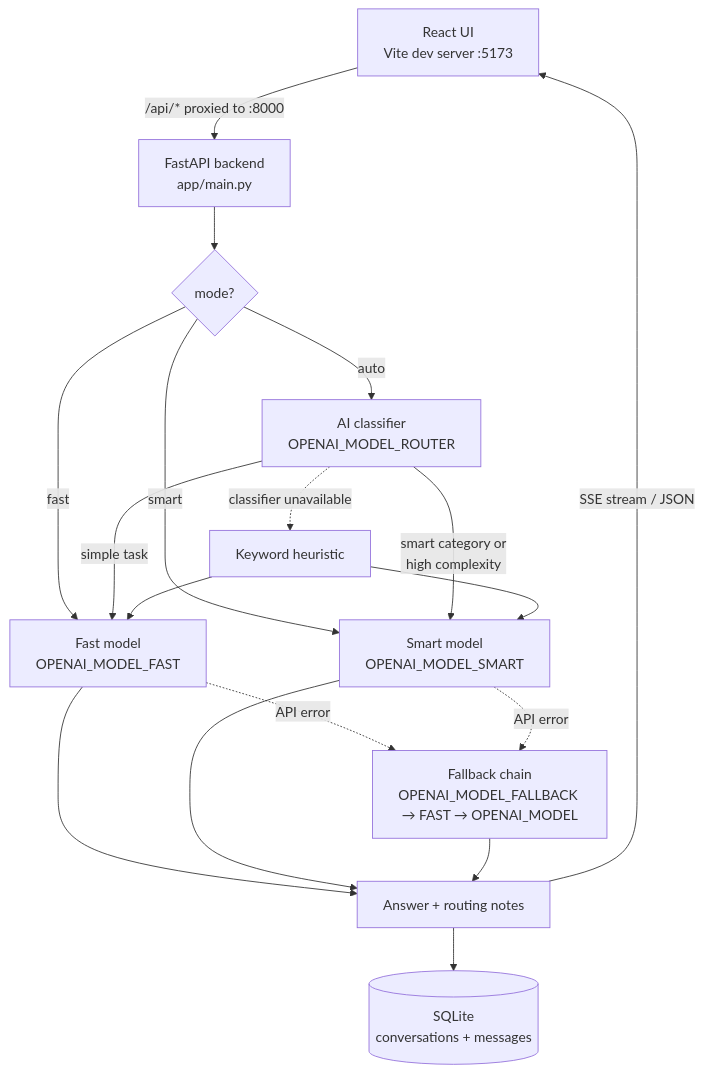
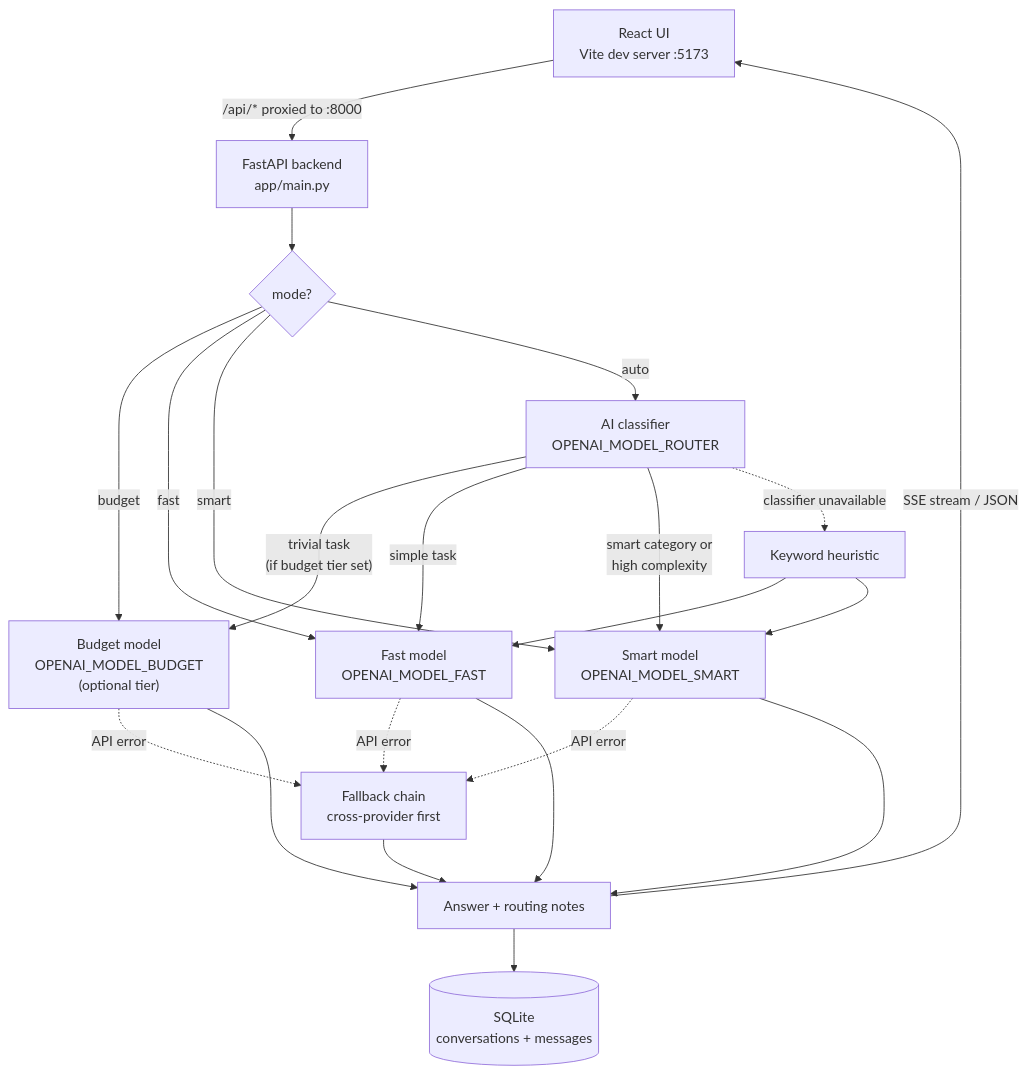
Before and after one commit to johnpaulcremin/ai-orchestrator: the diagram in README.md, drawn with Mermaid. The commit also changed other lines of this file and 9 other files, not shown here.

First line of the commit message:
Add an opt-in BUDGET tier below FAST for bulk/low-stakes work

````diff
--- a/README.md
+++ b/README.md
@@ -7,20 +7,24 @@
 ```mermaid
 flowchart TD
     UI["React UI<br/>Vite dev server :5173"] -- "/api/* proxied to :8000" --> API["FastAPI backend<br/>app/main.py"]
     API --> MODE{"mode?"}
+    MODE -- "budget" --> BUD["Budget model<br/>OPENAI_MODEL_BUDGET<br/>(optional tier)"]
     MODE -- "fast" --> FAST["Fast model<br/>OPENAI_MODEL_FAST"]
     MODE -- "smart" --> SMART["Smart model<br/>OPENAI_MODEL_SMART"]
     MODE -- "auto" --> CLS["AI classifier<br/>OPENAI_MODEL_ROUTER"]
+    CLS -- "trivial task<br/>(if budget tier set)" --> BUD
     CLS -- "simple task" --> FAST
     CLS -- "smart category or<br/>high complexity" --> SMART
     CLS -. "classifier unavailable" .-> HEUR["Keyword heuristic"]
     HEUR --> FAST
     HEUR --> SMART
-    FAST -. "API error" .-> FB["Fallback chain<br/>OPENAI_MODEL_FALLBACK &rarr; FAST &rarr; OPENAI_MODEL"]
+    BUD -. "API error" .-> FB["Fallback chain<br/>cross-provider first"]
+    FAST -. "API error" .-> FB
     SMART -. "API error" .-> FB
+    BUD --> ANS["Answer + routing notes"]
     FAST --> ANS["Answer + routing notes"]
     SMART --> ANS
     FB --> ANS
     ANS --> DB[("SQLite<br/>conversations + messages")]
     ANS -- "SSE stream / JSON" --> UI
 ```
````
